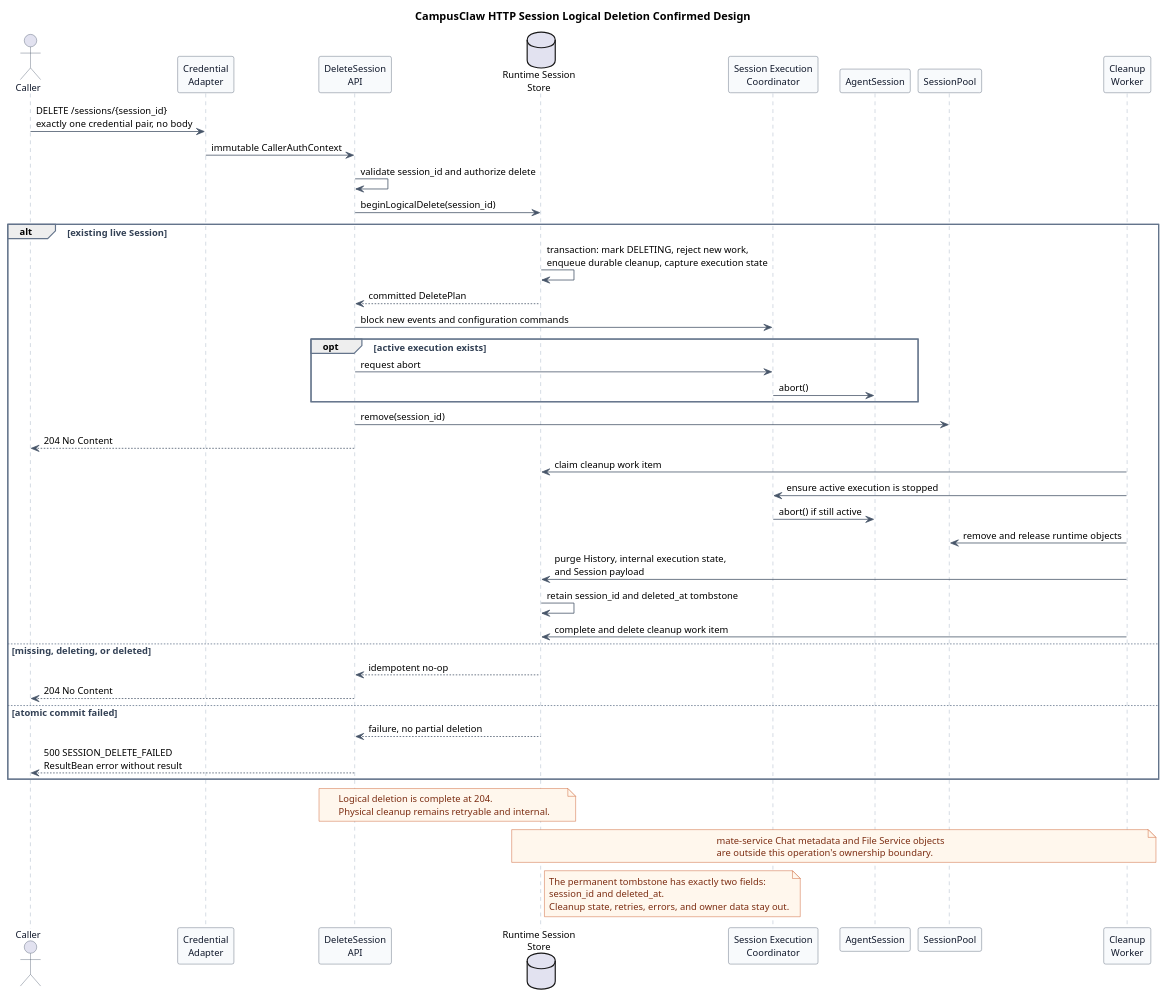
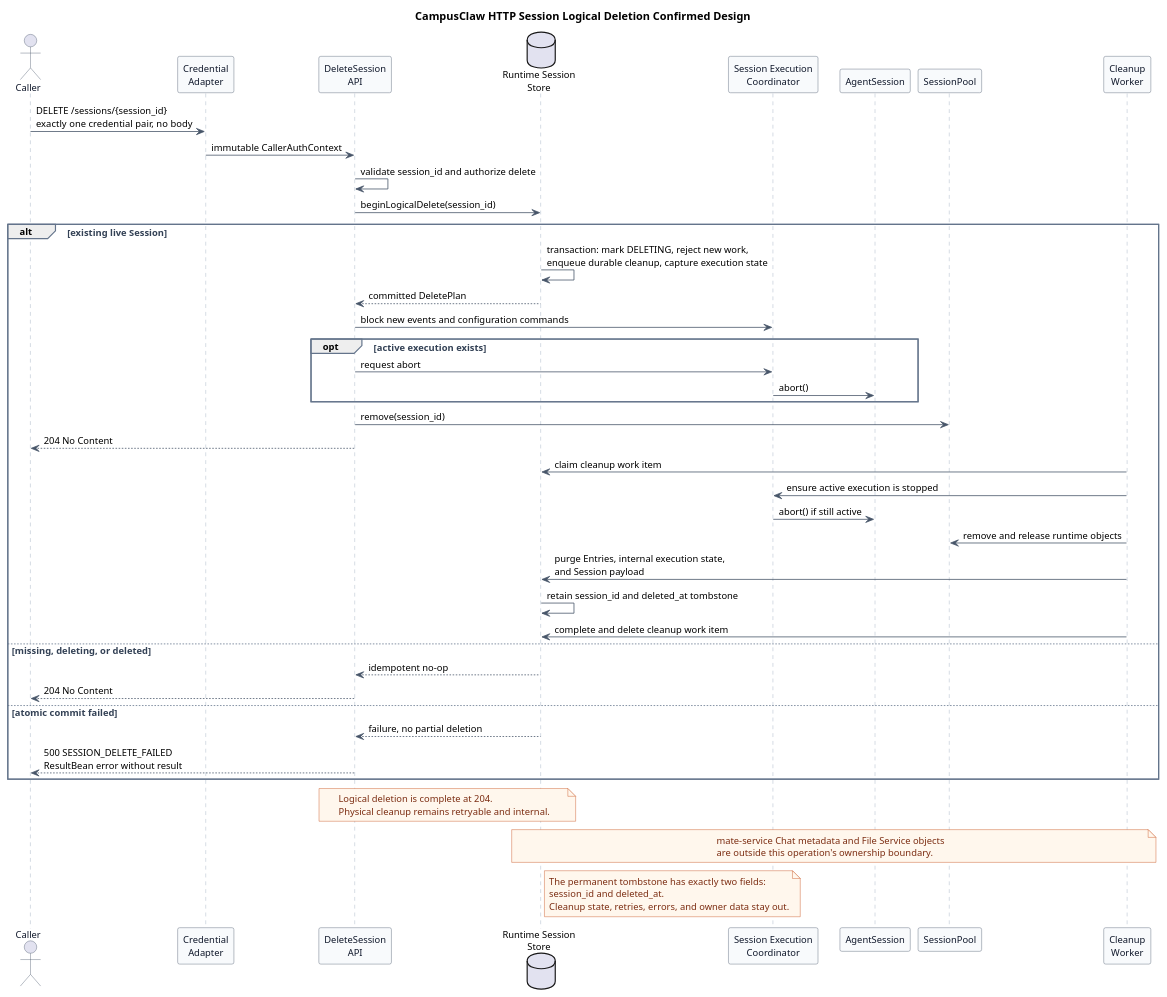
Before and after one commit to ssm0808/pi-mono-java-design: the tenth of 14 diagrams in pi-mono-java-manager-driven-multi-agent-runtime/diagram.puml, drawn with PlantUML. The commit also changed other lines of this file and 61 other files, not shown here.

```diff
--- a/pi-mono-java-manager-driven-multi-agent-runtime/diagram.puml
+++ b/pi-mono-java-manager-driven-multi-agent-runtime/diagram.puml
@@ -719,99 +719,99 @@
 @startuml http_delete_session
 title CampusClaw HTTP Session Logical Deletion Confirmed Design
 
 ' Source evidence (pi-mono 086c32e74530564922d011ade23ff582c9d63116):
 ' packages/coding-agent/src/core/agent-session.ts, AgentSession.dispose, lines 789-805
 ' packages/coding-agent/src/modes/interactive/components/session-selector.ts,
 ' deleteSessionFile, lines 598-630
 ' Source evidence (pi-mono-java dff835743fc7f3c93e1154c3eb51028749867ca8):
 ' modules/coding-agent-cli/src/main/java/com/campusclaw/codingagent/mode/server/SessionPool.java,
 ' remove, createSessionWithPersistence, evictIdle, and closeQuietly, lines 143-157 and 204-274
 ' modules/coding-agent-cli/src/main/java/com/campusclaw/codingagent/mode/server/ChatWebSocketHandler.java,
 ' buildCloseHook and abort command, lines 168-210
 ' modules/agent-core/src/main/java/com/campusclaw/agent/AgentSession.java, abort, lines 165-177
 ' Observed behavior: pi dispose stops active work and releases runtime resources, while
 ' interactive deletion removes the local JSONL file.
 ' Observed behavior: pi-mono-java SessionPool.remove only removes the in-memory entry and
 ' closes SessionManager; persisted JSONL can still be restored.
 ' Target-only design: no current pi-mono-java HTTP delete operation, durable deletion state,
 ' cleanup work item or tombstone implements this sequence.
 ' Architecture change: logical deletion and a durable cleanup work item commit atomically.
 ' Design reason: the API becomes idempotent immediately without exposing cleanup-job state.
 
 skinparam backgroundColor #FFFFFF
 skinparam shadowing false
 skinparam defaultFontName Arial
 skinparam defaultFontSize 12
 skinparam sequence {
   ArrowColor #475569
   ActorBorderColor #475569
   ActorFontColor #0F172A
   LifeLineBorderColor #94A3B8
   LifeLineBackgroundColor #F8FAFC
   ParticipantBorderColor #475569
   ParticipantBackgroundColor #F8FAFC
   ParticipantFontColor #0F172A
   GroupBorderColor #64748B
   GroupFontColor #334155
 }
 skinparam note {
   BackgroundColor #FFF7ED
   BorderColor #C2410C
   FontColor #7C2D12
 }
 
 actor Caller
 participant "Credential\nAdapter" as Auth
 participant "DeleteSession\nAPI" as API
 database "Runtime Session\nStore" as Store
 participant "Session Execution\nCoordinator" as Execution
 participant AgentSession
 participant SessionPool
 participant "Cleanup\nWorker" as Worker
 
 Caller -> Auth : DELETE /sessions/{session_id}\nexactly one credential pair, no body
 Auth -> API : immutable CallerAuthContext
 API -> API : validate session_id and authorize delete
 API -> Store : beginLogicalDelete(session_id)
 
 alt existing live Session
   Store -> Store : transaction: mark DELETING, reject new work,\nenqueue durable cleanup, capture execution state
   Store --> API : committed DeletePlan
   API -> Execution : block new events and configuration commands
   opt active execution exists
     API -> Execution : request abort
     Execution -> AgentSession : abort()
   end
   API -> SessionPool : remove(session_id)
   API --> Caller : 204 No Content
   Worker -> Store : claim cleanup work item
   Worker -> Execution : ensure active execution is stopped
   Execution -> AgentSession : abort() if still active
   Worker -> SessionPool : remove and release runtime objects
-  Worker -> Store : purge History, internal execution state,\nand Session payload
+  Worker -> Store : purge Entries, internal execution state,\nand Session payload
   Store -> Store : retain session_id and deleted_at tombstone
   Worker -> Store : complete and delete cleanup work item
 else missing, deleting, or deleted
   Store --> API : idempotent no-op
   API --> Caller : 204 No Content
 else atomic commit failed
   Store --> API : failure, no partial deletion
   API --> Caller : 500 SESSION_DELETE_FAILED\nResultBean error without result
 end
 
 note over API,Store
 Logical deletion is complete at 204.
 Physical cleanup remains retryable and internal.
 end note
 
 note over Store,Worker
 mate-service Chat metadata and File Service objects
 are outside this operation's ownership boundary.
 end note
 
 note right of Store
 The permanent tombstone has exactly two fields:
 session_id and deleted_at.
 Cleanup state, retries, errors, and owner data stay out.
 end note
 @enduml
```
